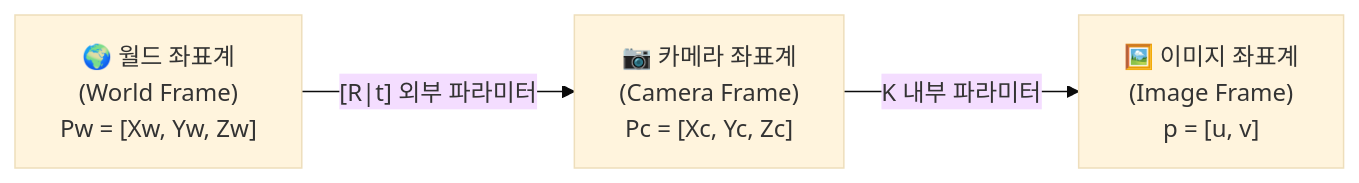
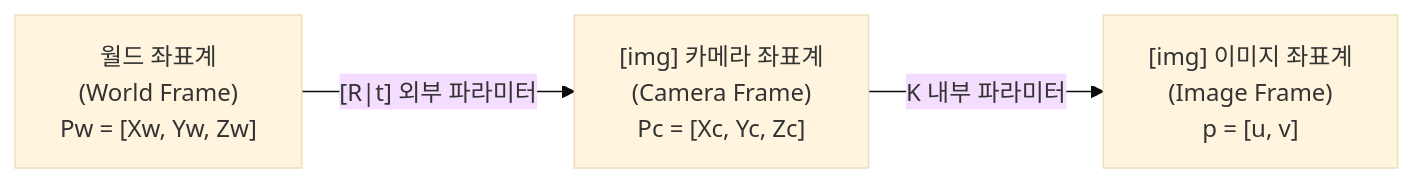
Before and after one commit to tylee-yeonge/physical-ai-study: the first of 2 diagrams in Archive/SLAM-legacy/Studies/Phase 2/week1/README.md, drawn with Mermaid (base theme). The commit also changed other lines of this file and 97 other files, not shown here.

````diff
--- a/Archive/SLAM-legacy/Studies/Phase 2/week1/README.md
+++ b/Archive/SLAM-legacy/Studies/Phase 2/week1/README.md
@@ -88,5 +88,5 @@
 ```mermaid
 flowchart LR
-    W["🌍 월드 좌표계<br/>(World Frame)<br/>Pw = [Xw, Yw, Zw]"] -->|"[R|t] 외부 파라미터"| C["📷 카메라 좌표계<br/>(Camera Frame)<br/>Pc = [Xc, Yc, Zc]"]
-    C -->|"K 내부 파라미터"| I["🖼️ 이미지 좌표계<br/>(Image Frame)<br/>p = [u, v]"]
+    W[" 월드 좌표계<br/>(World Frame)<br/>Pw = [Xw, Yw, Zw]"] -->|"[R|t] 외부 파라미터"| C["[img] 카메라 좌표계<br/>(Camera Frame)<br/>Pc = [Xc, Yc, Zc]"]
+    C -->|"K 내부 파라미터"| I["[img] 이미지 좌표계<br/>(Image Frame)<br/>p = [u, v]"]
 ```
````
